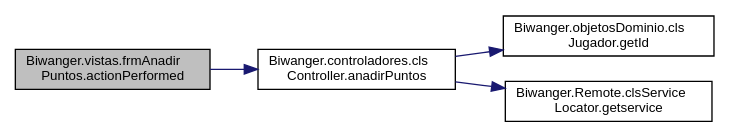
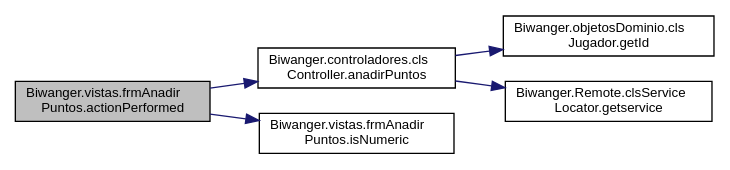
The diagram in docs/class_biwanger_1_1vistas_1_1frm_anadir_puntos_a9d4cdb4dd0ab7d4746304a424dbd65bb_cgraph.dot (nagorecb/BiwangerCliente), drawn with Graphviz before and after one commit. The commit also changed 177 other files, not shown here.

```diff
--- a/docs/class_biwanger_1_1vistas_1_1frm_anadir_puntos_a9d4cdb4dd0ab7d4746304a424dbd65bb_cgraph.dot
+++ b/docs/class_biwanger_1_1vistas_1_1frm_anadir_puntos_a9d4cdb4dd0ab7d4746304a424dbd65bb_cgraph.dot
@@ -1,14 +1,16 @@
 digraph "Biwanger.vistas.frmAnadirPuntos.actionPerformed"
 {
  // LATEX_PDF_SIZE
   edge [fontname="Helvetica",fontsize="10",labelfontname="Helvetica",labelfontsize="10"];
   node [fontname="Helvetica",fontsize="10",shape=record];
   rankdir="LR";
   Node1 [label="Biwanger.vistas.frmAnadir\lPuntos.actionPerformed",height=0.2,width=0.4,color="black", fillcolor="grey75", style="filled", fontcolor="black",tooltip=" "];
   Node1 -> Node2 [color="midnightblue",fontsize="10",style="solid",fontname="Helvetica"];
   Node2 [label="Biwanger.controladores.cls\lController.anadirPuntos",height=0.2,width=0.4,color="black", fillcolor="white", style="filled",URL="$class_biwanger_1_1controladores_1_1cls_controller.html#ad3f09ffeb5d5b550480a6663aad88bfc",tooltip=" "];
   Node2 -> Node3 [color="midnightblue",fontsize="10",style="solid",fontname="Helvetica"];
   Node3 [label="Biwanger.objetosDominio.cls\lJugador.getId",height=0.2,width=0.4,color="black", fillcolor="white", style="filled",URL="$class_biwanger_1_1objetos_dominio_1_1cls_jugador.html#af96beb689a99bf25e4d3313bd309fb82",tooltip=" "];
   Node2 -> Node4 [color="midnightblue",fontsize="10",style="solid",fontname="Helvetica"];
   Node4 [label="Biwanger.Remote.clsService\lLocator.getservice",height=0.2,width=0.4,color="black", fillcolor="white", style="filled",URL="$class_biwanger_1_1_remote_1_1cls_service_locator.html#ab5887258804ee4871414885b9482a13b",tooltip=" "];
+  Node1 -> Node5 [color="midnightblue",fontsize="10",style="solid",fontname="Helvetica"];
+  Node5 [label="Biwanger.vistas.frmAnadir\lPuntos.isNumeric",height=0.2,width=0.4,color="black", fillcolor="white", style="filled",URL="$class_biwanger_1_1vistas_1_1frm_anadir_puntos.html#a0fe470523fc61f861347f1a5ad10b85d",tooltip=" "];
 }
```
